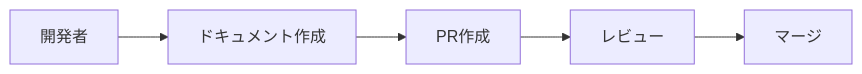
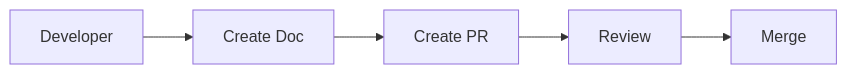
Before and after one commit to i-Willink-Inc/next-amplify-starter-kit: the diagram in docs/00_project/DOCUMENT_RULES.md, drawn with Mermaid. The commit also changed other lines of this file and 25 other files, not shown here.

````diff
--- a/docs/00_project/DOCUMENT_RULES.md
+++ b/docs/00_project/DOCUMENT_RULES.md
@@ -189,7 +191,7 @@
 ```mermaid
 graph LR
-    A[開発者] --> B[ドキュメント作成]
-    B --> C[PR作成]
-    C --> D[レビュー]
-    D --> E[マージ]
+    A[Developer] --> B[Create Doc]
+    B --> C[Create PR]
+    C --> D[Review]
+    D --> E[Merge]
 ```
````
